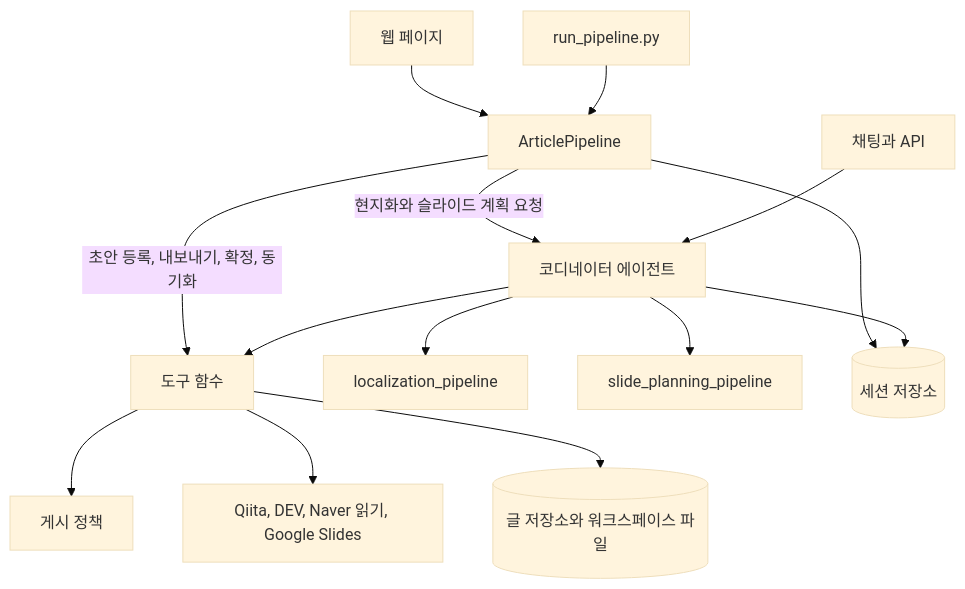
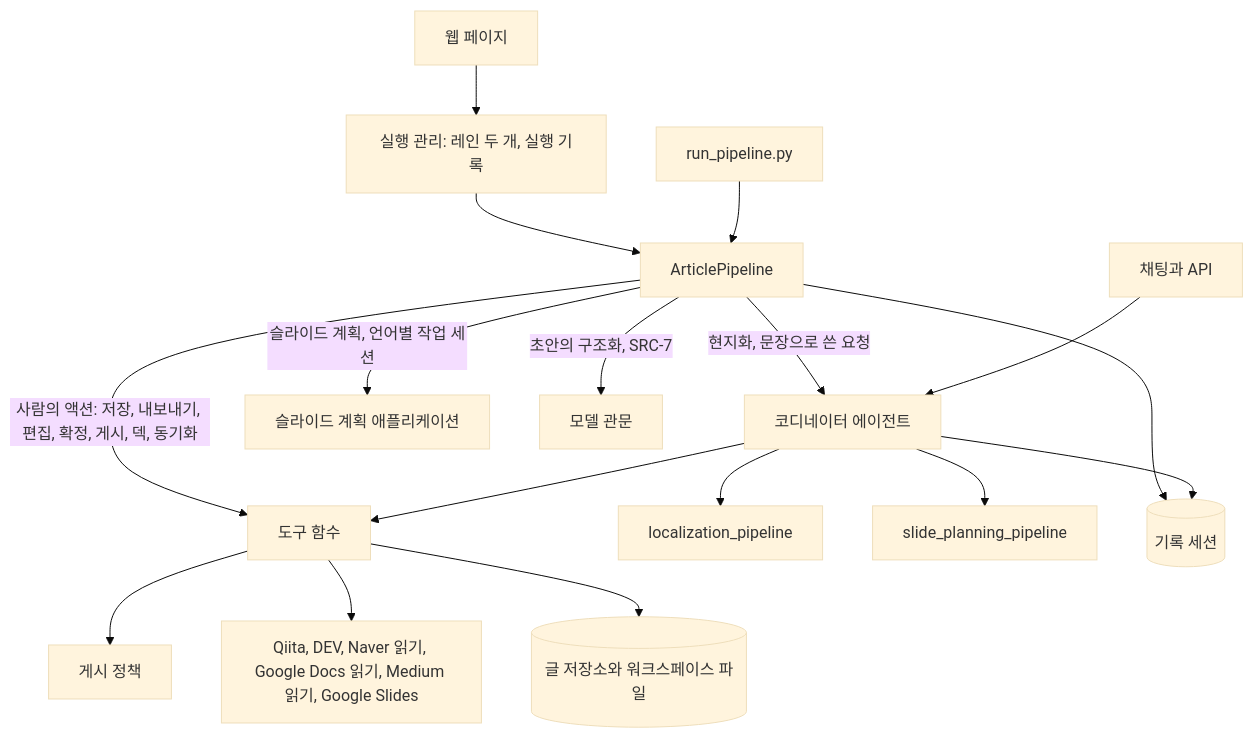
One commit to agenthekim/trilingual-blog-agent changed the diagram in docs/kr-SPEC.md. Above: the diagram before and after it, drawn with Mermaid (base theme). The commit also changed other lines of this file and 9 other files, not shown here.

````diff
--- a/docs/kr-SPEC.md
+++ b/docs/kr-SPEC.md
@@ -224,16 +223,19 @@
 ```mermaid
 flowchart TD
-    Page[웹 페이지] --> Pipe[ArticlePipeline]
+    Page[웹 페이지] --> Runs[실행 관리: 레인 두 개, 실행 기록]
+    Runs --> Pipe[ArticlePipeline]
     Script[run_pipeline.py] --> Pipe
-    Pipe -->|초안 등록, 내보내기, 확정, 동기화| Tools[도구 함수]
-    Pipe -->|현지화와 슬라이드 계획 요청| Coord[코디네이터 에이전트]
+    Pipe -->|사람의 액션: 저장, 내보내기, 편집, 확정, 게시, 덱, 동기화| Tools[도구 함수]
+    Pipe -->|현지화, 문장으로 쓴 요청| Coord[코디네이터 에이전트]
+    Pipe -->|슬라이드 계획, 언어별 작업 세션| PlanApp[슬라이드 계획 애플리케이션]
+    Pipe -->|초안의 구조화, SRC-7| Gate[모델 관문]
     Chat[채팅과 API] --> Coord
     Coord --> Loc[localization_pipeline]
     Coord --> Plan[slide_planning_pipeline]
     Coord --> Tools
     Tools --> Policy[게시 정책]
-    Tools --> Ext[Qiita, DEV, Naver 읽기, Google Slides]
-    Pipe --> Sess[(세션 저장소)]
+    Tools --> Ext[Qiita, DEV, Naver 읽기, Google Docs 읽기, Medium 읽기, Google Slides]
+    Pipe --> Sess[(기록 세션)]
     Coord --> Sess
     Tools --> Store[(글 저장소와 워크스페이스 파일)]
 ```
````
